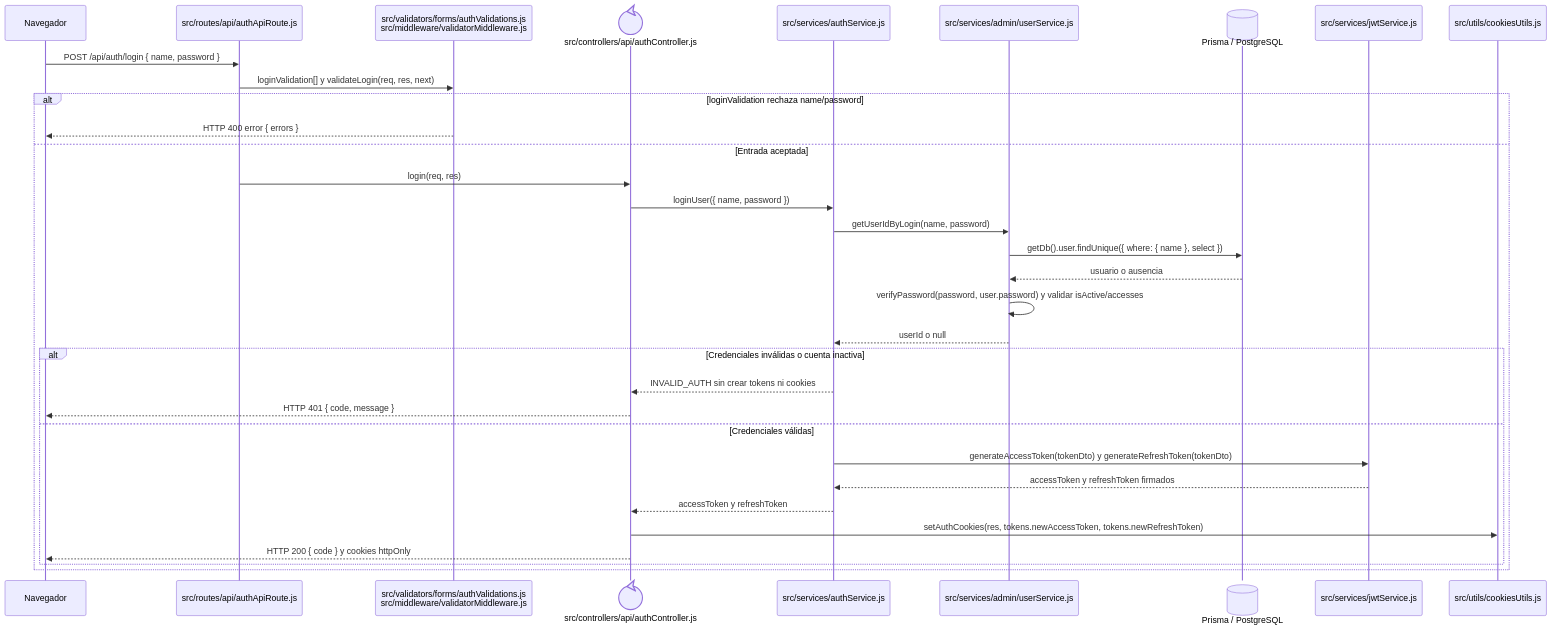
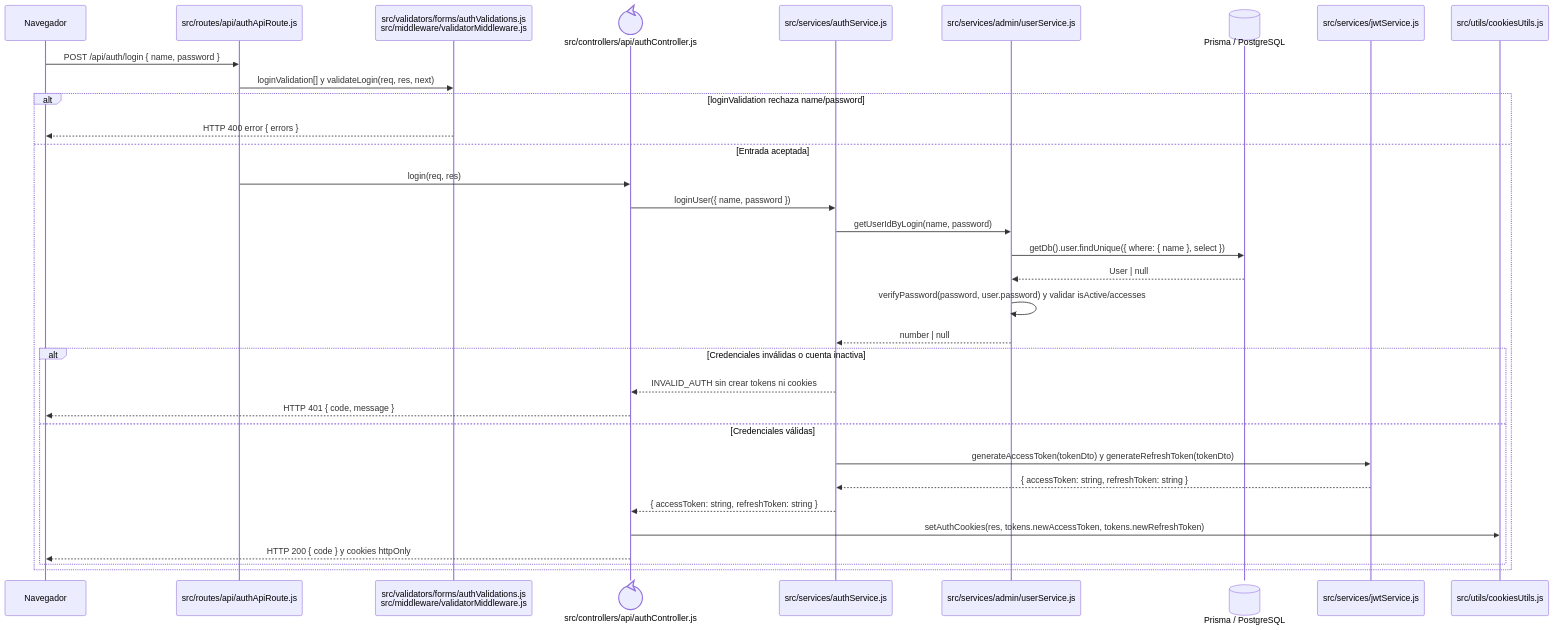
Before and after one commit to gpgsistemas01/nexus: the diagram in docs/architecture/backend-code-sequences/authentication/cu-aut-01.md, drawn with Mermaid. The commit also changed 146 other files, not shown here.

````diff
--- a/docs/architecture/backend-code-sequences/authentication/cu-aut-01.md
+++ b/docs/architecture/backend-code-sequences/authentication/cu-aut-01.md
@@ -6,36 +6,36 @@
 ```mermaid
 sequenceDiagram
     participant Browser as Navegador
     participant Router as src/routes/api/authApiRoute.js
     participant Validator as src/validators/forms/authValidations.js<br/>src/middleware/validatorMiddleware.js
     participant Controller@{ "type": "control" } as src/controllers/api/authController.js
     participant Service as src/services/authService.js
     participant User as src/services/admin/userService.js
     participant Prisma@{ "type": "database" } as Prisma / PostgreSQL
     participant Token as src/services/jwtService.js
     participant Cookies as src/utils/cookiesUtils.js
 
     Browser->>Router: POST /api/auth/login { name, password }
     Router->>Validator: loginValidation[] y validateLogin(req, res, next)
     alt loginValidation rechaza name/password
         Validator-->>Browser: HTTP 400 error { errors }
     else Entrada aceptada
         Router->>Controller: login(req, res)
         Controller->>Service: loginUser({ name, password })
         Service->>User: getUserIdByLogin(name, password)
         User->>Prisma: getDb().user.findUnique({ where: { name }, select })
-        Prisma-->>User: usuario o ausencia
+        Prisma-->>User: User | null
         User->>User: verifyPassword(password, user.password) y validar isActive/accesses
-        User-->>Service: userId o null
+        User-->>Service: number | null
         alt Credenciales inválidas o cuenta inactiva
             Service-->>Controller: INVALID_AUTH sin crear tokens ni cookies
             Controller-->>Browser: HTTP 401 { code, message }
         else Credenciales válidas
             Service->>Token: generateAccessToken(tokenDto) y generateRefreshToken(tokenDto)
-            Token-->>Service: accessToken y refreshToken firmados
-            Service-->>Controller: accessToken y refreshToken
+            Token-->>Service: { accessToken: string, refreshToken: string }
+            Service-->>Controller: { accessToken: string, refreshToken: string }
             Controller->>Cookies: setAuthCookies(res, tokens.newAccessToken, tokens.newRefreshToken)
             Controller-->>Browser: HTTP 200 { code } y cookies httpOnly
         end
     end
 ```
````
